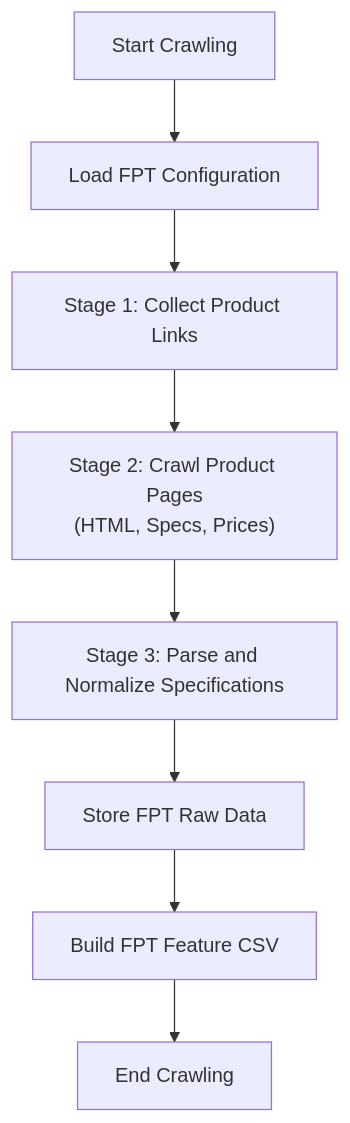
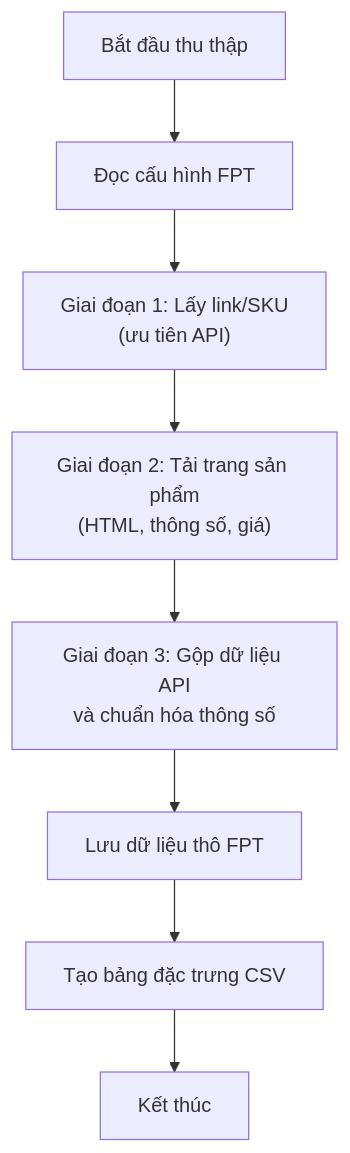
One commit to huyt39/Laptop-Advisor-DS changed the first of 4 diagrams in reports/fpt_laptop_advisor_report.md. Above: the diagram before and after it, drawn with Mermaid. The commit also changed other lines of this file, not shown here.

````diff
--- a/reports/fpt_laptop_advisor_report.md
+++ b/reports/fpt_laptop_advisor_report.md
@@ -90,10 +90,10 @@
 ```mermaid
 flowchart TD
-    A["Start Crawling"] --> B["Load FPT Configuration"]
-    B --> C["Stage 1: Collect Product Links"]
-    C --> D["Stage 2: Crawl Product Pages<br/>(HTML, Specs, Prices)"]
-    D --> E["Stage 3: Parse and Normalize Specifications"]
-    E --> F["Store FPT Raw Data"]
-    F --> G["Build FPT Feature CSV"]
-    G --> H["End Crawling"]
+    A["Bắt đầu thu thập"] --> B["Đọc cấu hình FPT"]
+    B --> C["Giai đoạn 1: Lấy link/SKU<br/>(ưu tiên API)"]
+    C --> D["Giai đoạn 2: Tải trang sản phẩm<br/>(HTML, thông số, giá)"]
+    D --> E["Giai đoạn 3: Gộp dữ liệu API<br/>và chuẩn hóa thông số"]
+    E --> F["Lưu dữ liệu thô FPT"]
+    F --> G["Tạo bảng đặc trưng CSV"]
+    G --> H["Kết thúc"]
 ```
````
